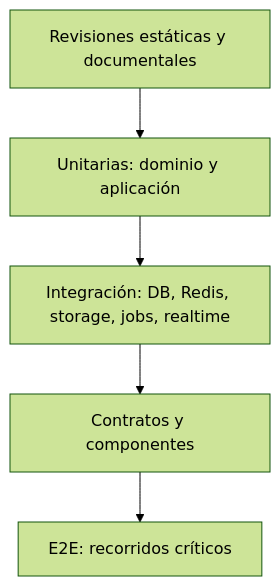
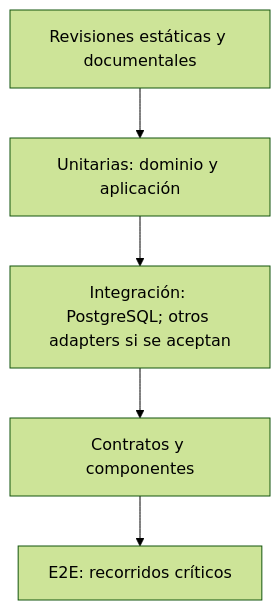
The diagram in docs/quality/TESTING_STRATEGY.md (luisgtzaviles/SrTaller-2.0), drawn with Mermaid (forest theme) before and after one commit. The commit also changed other lines of this file and 54 other files, not shown here.

Commit message:
docs: accept PostgreSQL persistence baseline

````diff
--- a/docs/quality/TESTING_STRATEGY.md
+++ b/docs/quality/TESTING_STRATEGY.md
@@ -16,9 +16,9 @@
 ```mermaid
 flowchart TB
     E[E2E: recorridos críticos]
     C[Contratos y componentes]
-    I[Integración: DB, Redis, storage, jobs, realtime]
+    I[Integración: PostgreSQL; otros adapters si se aceptan]
     U[Unitarias: dominio y aplicación]
     S[Revisiones estáticas y documentales]
     S --> U --> I --> C --> E
 ```
````
